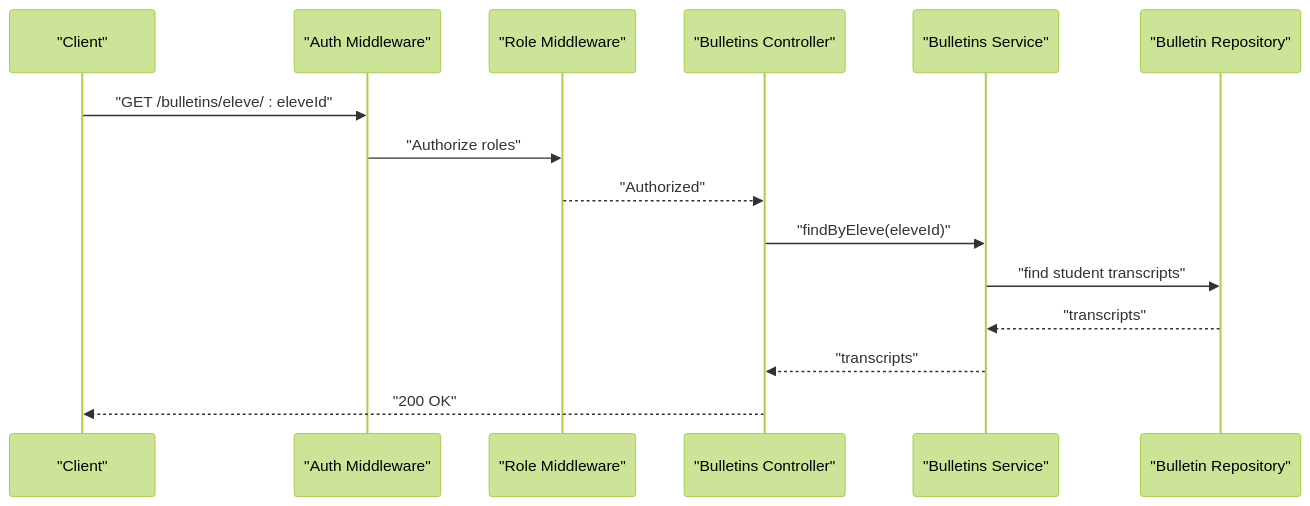
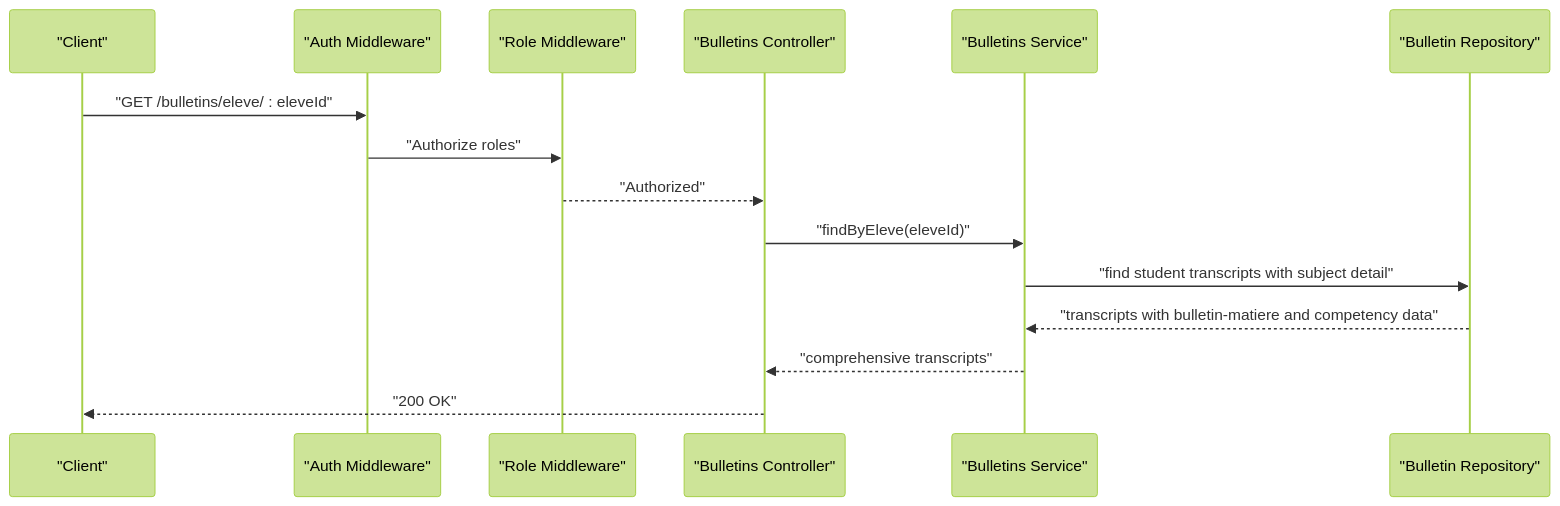
Before and after one commit to franckylab/eLISAschool: the sixth of 9 diagrams in .qoder/repowiki/en/content/Modules & Features/Academic Modules/Grading System & Bulletins.md, drawn with Mermaid (forest theme). The commit also changed other lines of this file and 53 other files, not shown here.

````diff
--- a/.qoder/repowiki/en/content/Modules & Features/Academic Modules/Grading System & Bulletins.md
+++ b/.qoder/repowiki/en/content/Modules & Features/Academic Modules/Grading System & Bulletins.md
@@ -394,17 +514,17 @@
 ```mermaid
 sequenceDiagram
 participant Client as "Client"
 participant Auth as "Auth Middleware"
 participant Role as "Role Middleware"
 participant Ctrl as "Bulletins Controller"
 participant Svc as "Bulletins Service"
 participant Repo as "Bulletin Repository"
 Client->>Auth : "GET /bulletins/eleve/ : eleveId"
 Auth->>Role : "Authorize roles"
 Role-->>Ctrl : "Authorized"
 Ctrl->>Svc : "findByEleve(eleveId)"
-Svc->>Repo : "find student transcripts"
-Repo-->>Svc : "transcripts"
-Svc-->>Ctrl : "transcripts"
+Svc->>Repo : "find student transcripts with subject detail"
+Repo-->>Svc : "transcripts with bulletin-matiere and competency data"
+Svc-->>Ctrl : "comprehensive transcripts"
 Ctrl-->>Client : "200 OK"
 ```
````
